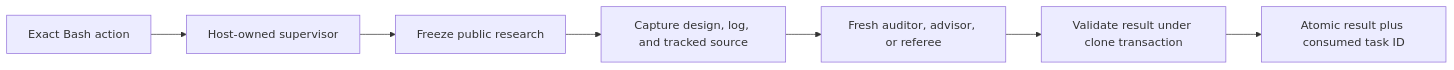
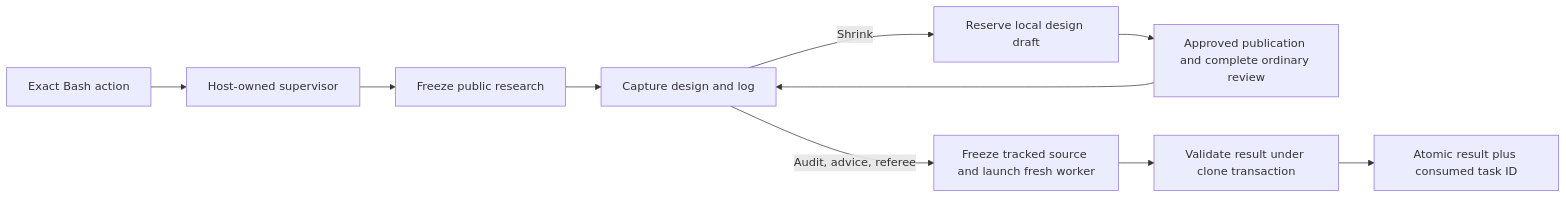
The diagram in plugins/boxlite-agent-tooling/docs/design-and-pr-gates.md (boxlite-ai/agent-tooling), drawn with Mermaid before and after one commit. The commit also changed other lines of this file and 18 other files, not shown here.

First line of the commit message:
feat(design): reserve one scoped Shrink per audit loop (#602)

````diff
--- a/plugins/boxlite-agent-tooling/docs/design-and-pr-gates.md
+++ b/plugins/boxlite-agent-tooling/docs/design-and-pr-gates.md
@@ -235,9 +236,12 @@
 ```mermaid
 flowchart LR
     A[Exact Bash action] --> B[Host-owned supervisor]
     B --> C[Freeze public research]
-    C --> D[Capture design, log, and tracked source]
-    D --> E[Fresh auditor, advisor, or referee]
+    C --> D[Capture design and log]
+    D -->|Audit, advice, referee| E[Freeze tracked source and launch fresh worker]
+    D -->|Shrink| H[Reserve local design draft]
+    H --> I[Approved publication and complete ordinary review]
+    I --> D
     E --> F[Validate result under clone transaction]
     F --> G[Atomic result plus consumed task ID]
 ```
````
